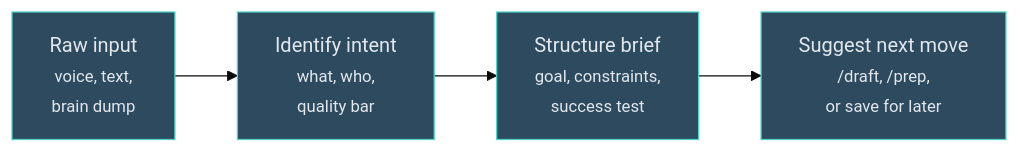
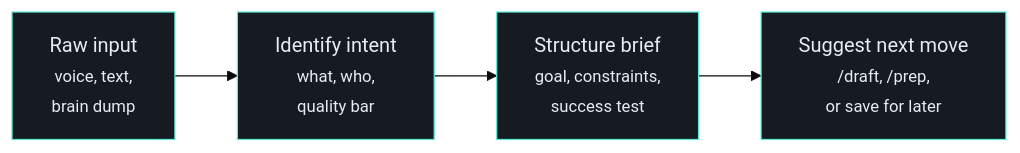
One commit to sovrana/qm-os changed the diagram in docs/skills/prompt.md. Above: the diagram before and after it, drawn with Mermaid (base theme). The commit also changed 5 other files, not shown here.

````diff
--- a/docs/skills/prompt.md
+++ b/docs/skills/prompt.md
@@ -22,11 +22,11 @@
 ```mermaid
 graph LR
     A[Raw input<br/><small>voice, text,<br/>brain dump</small>] --> B[Identify intent<br/><small>what, who,<br/>quality bar</small>]
     B --> C[Structure brief<br/><small>goal, constraints,<br/>success test</small>]
     C --> D[Suggest next move<br/><small>/draft, /prep,<br/>or save for later</small>]
 
-    style A fill:#2d4a5e,stroke:#4fd1c5,color:#e2e8f0
-    style B fill:#2d4a5e,stroke:#4fd1c5,color:#e2e8f0
-    style C fill:#2d4a5e,stroke:#4fd1c5,color:#e2e8f0
-    style D fill:#2d4a5e,stroke:#4fd1c5,color:#e2e8f0
+    style A fill:#161b22,stroke:#5eead4,color:#e6edf3
+    style B fill:#161b22,stroke:#5eead4,color:#e6edf3
+    style C fill:#161b22,stroke:#5eead4,color:#e6edf3
+    style D fill:#161b22,stroke:#5eead4,color:#e6edf3
 ```
````
